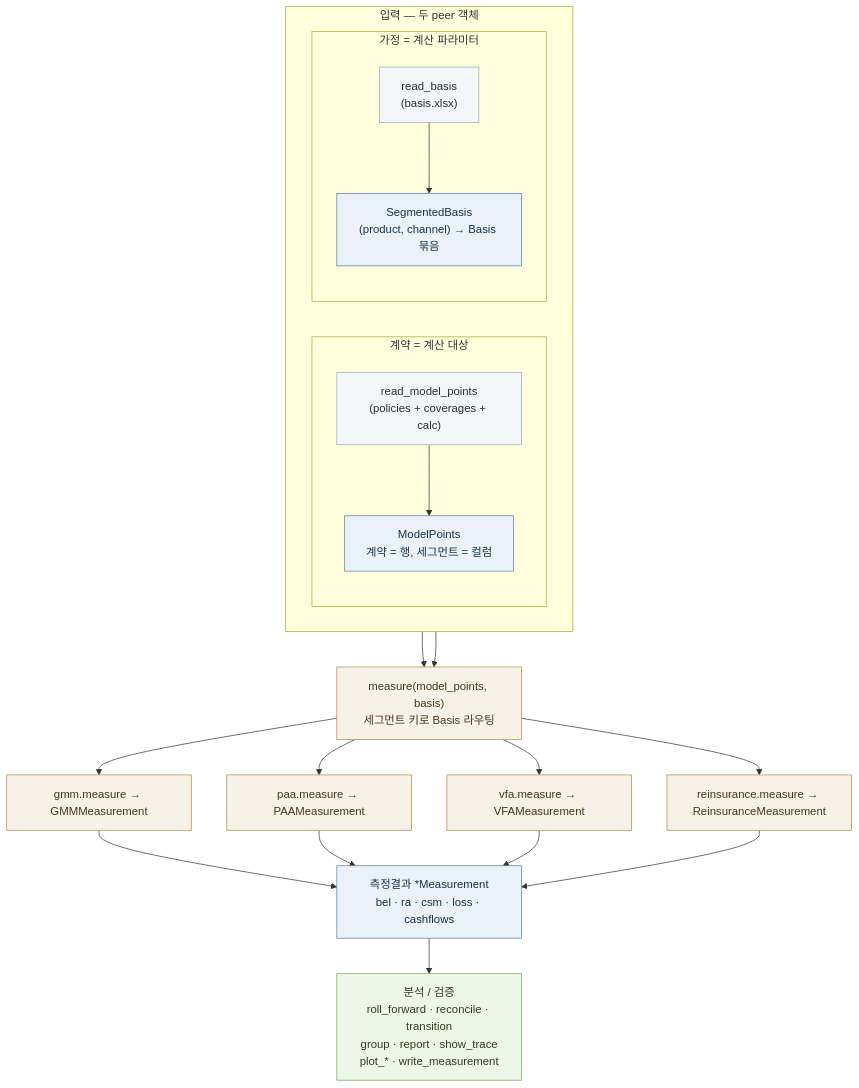
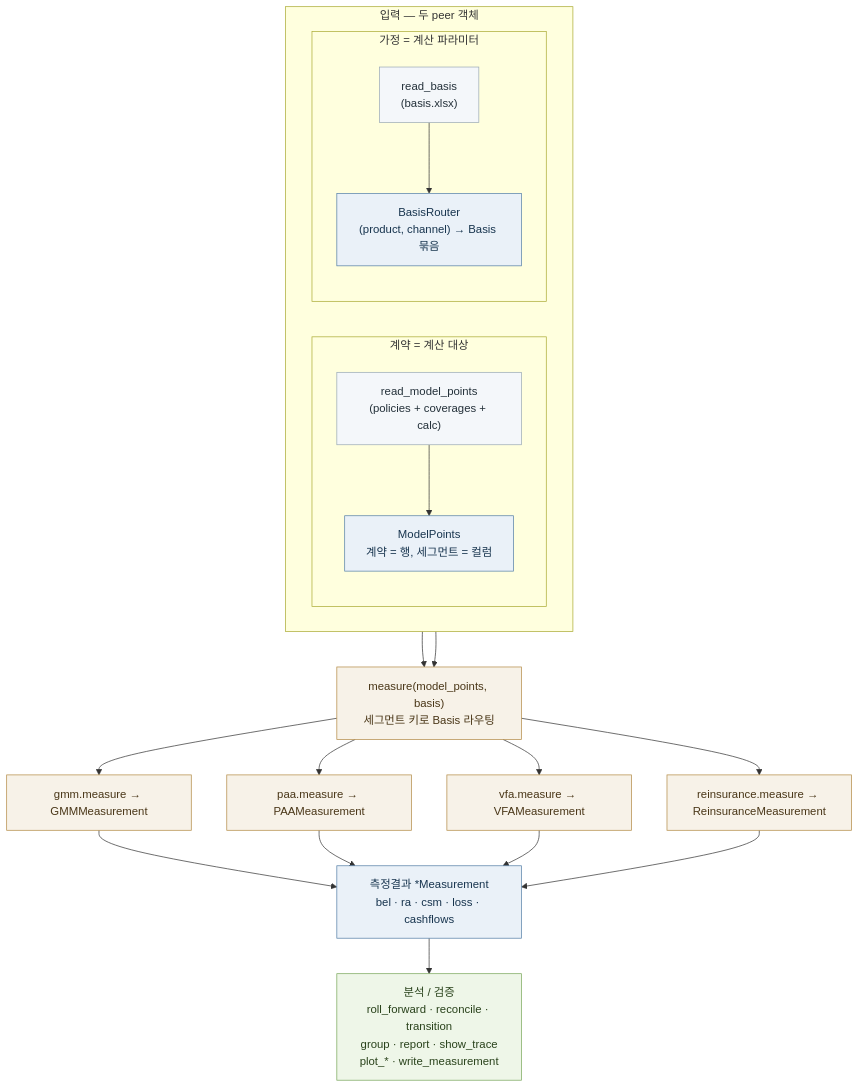
Before and after one commit to seokhoonj/fastcashflow: the diagram in docs/cookbook/basics/overview.md, drawn with Mermaid. The commit also changed other lines of this file and 5 other files, not shown here.

Commit message:
refactor: rename SegmentedBasis to BasisRouter

````diff
--- a/docs/cookbook/basics/overview.md
+++ b/docs/cookbook/basics/overview.md
@@ -12,37 +12,37 @@
 ```{mermaid}
 flowchart TB
     subgraph IN["입력 — 두 peer 객체"]
         direction LR
         subgraph C["계약 = 계산 대상"]
             direction TB
             rmp["read_model_points<br/>(policies + coverages + calc)"]
             MP["ModelPoints<br/>계약 = 행, 세그먼트 = 컬럼"]
             rmp --> MP
         end
         subgraph A["가정 = 계산 파라미터"]
             direction TB
             rb["read_basis<br/>(basis.xlsx)"]
-            BS["SegmentedBasis<br/>(product, channel) → Basis 묶음"]
+            BS["BasisRouter<br/>(product, channel) → Basis 묶음"]
             rb --> BS
         end
     end
     MP --> M["measure(model_points, basis)<br/>세그먼트 키로 Basis 라우팅"]
     BS --> M
     M --> GMM["gmm.measure → GMMMeasurement"]
     M --> PAA["paa.measure → PAAMeasurement"]
     M --> VFA["vfa.measure → VFAMeasurement"]
     M --> REI["reinsurance.measure → ReinsuranceMeasurement"]
     GMM --> RES["측정결과 *Measurement<br/>bel · ra · csm · loss · cashflows"]
     PAA --> RES
     VFA --> RES
     REI --> RES
     RES --> AN["분석 / 검증<br/>roll_forward · reconcile · transition<br/>group · report · show_trace<br/>plot_* · write_measurement"]
     classDef input fill:#f4f7fa,stroke:#9aa9b5,color:#24313a
     classDef stock fill:#eaf1f8,stroke:#547fa6,color:#17344e
     classDef step fill:#f7f2e8,stroke:#b38a45,color:#493617
     classDef margin fill:#eef6e8,stroke:#78a65a,color:#29421b
     class rmp,rb input
     class MP,BS,RES stock
     class M,GMM,PAA,VFA,REI step
     class AN margin
 ```
````
